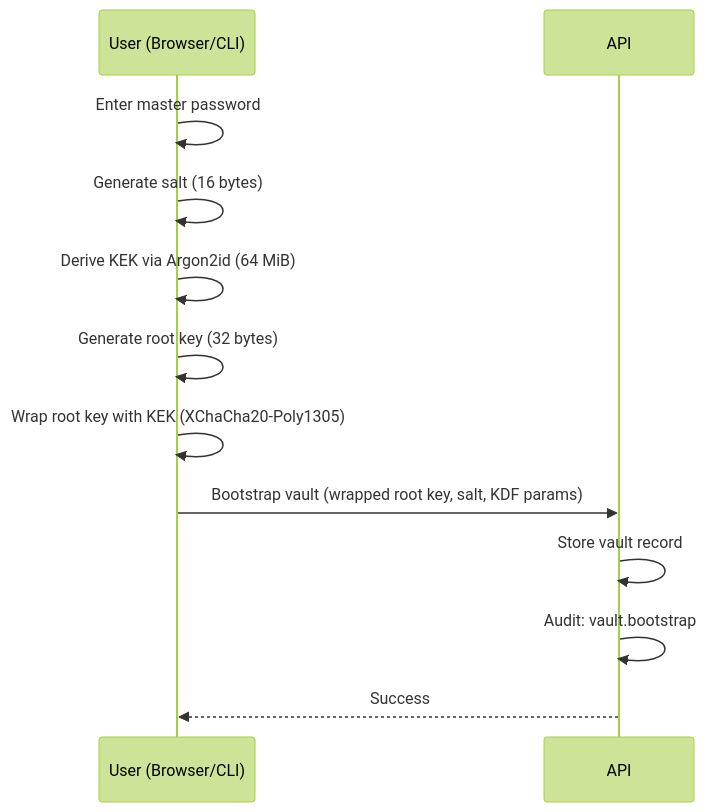
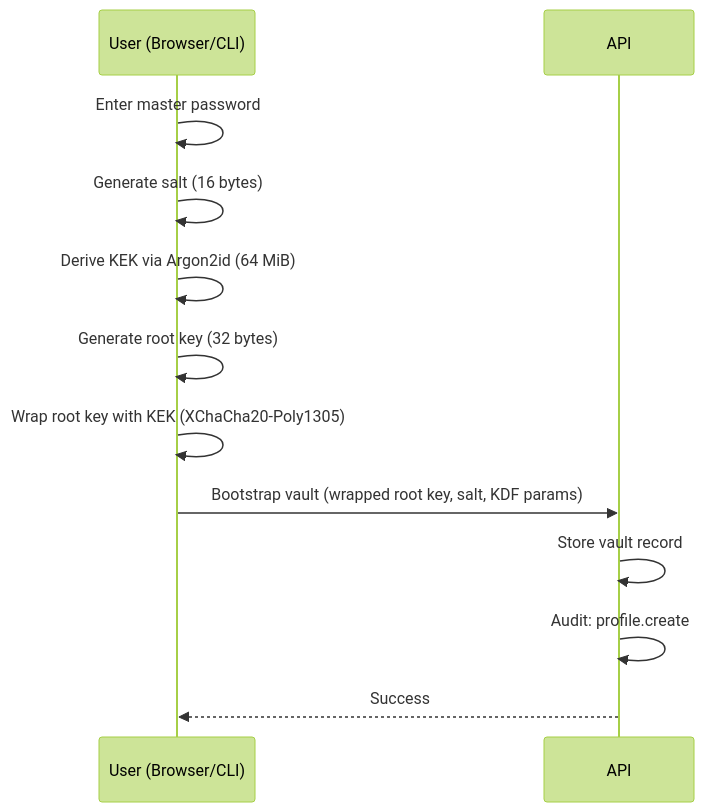
One commit to punitarani/abadge changed the eighth of 20 diagrams in docs/flow.md. Above: the diagram before and after it, drawn with Mermaid (forest theme). The commit also changed other lines of this file and 55 other files, not shown here.

````diff
--- a/docs/flow.md
+++ b/docs/flow.md
@@ -182,15 +182,15 @@
 ```mermaid
 sequenceDiagram
   participant User as User (Browser/CLI)
   participant API as API
 
   User->>User: Enter master password
   User->>User: Generate salt (16 bytes)
   User->>User: Derive KEK via Argon2id (64 MiB)
   User->>User: Generate root key (32 bytes)
   User->>User: Wrap root key with KEK (XChaCha20-Poly1305)
   User->>API: Bootstrap vault (wrapped root key, salt, KDF params)
   API->>API: Store vault record
-  API->>API: Audit: vault.bootstrap
+  API->>API: Audit: profile.create
   API-->>User: Success
 ```
````
